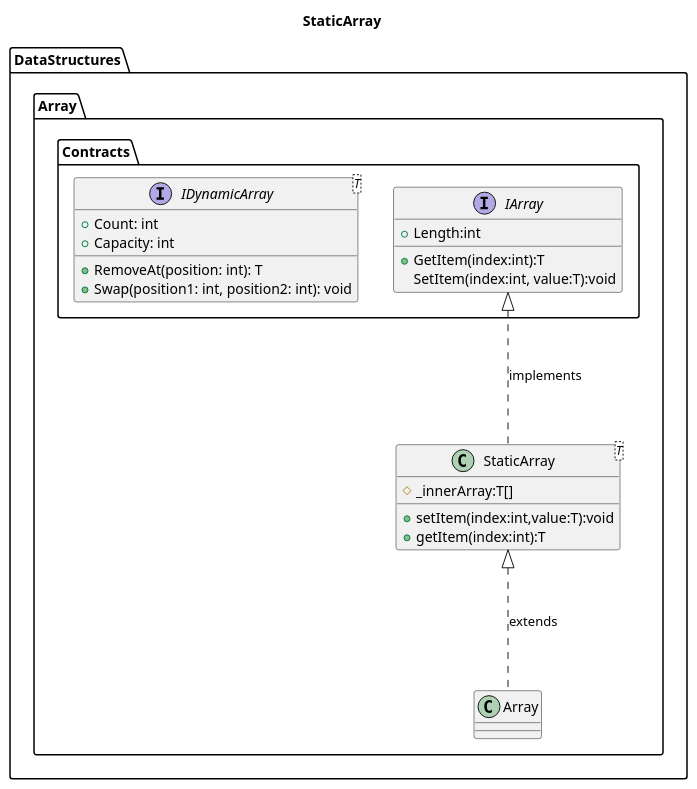
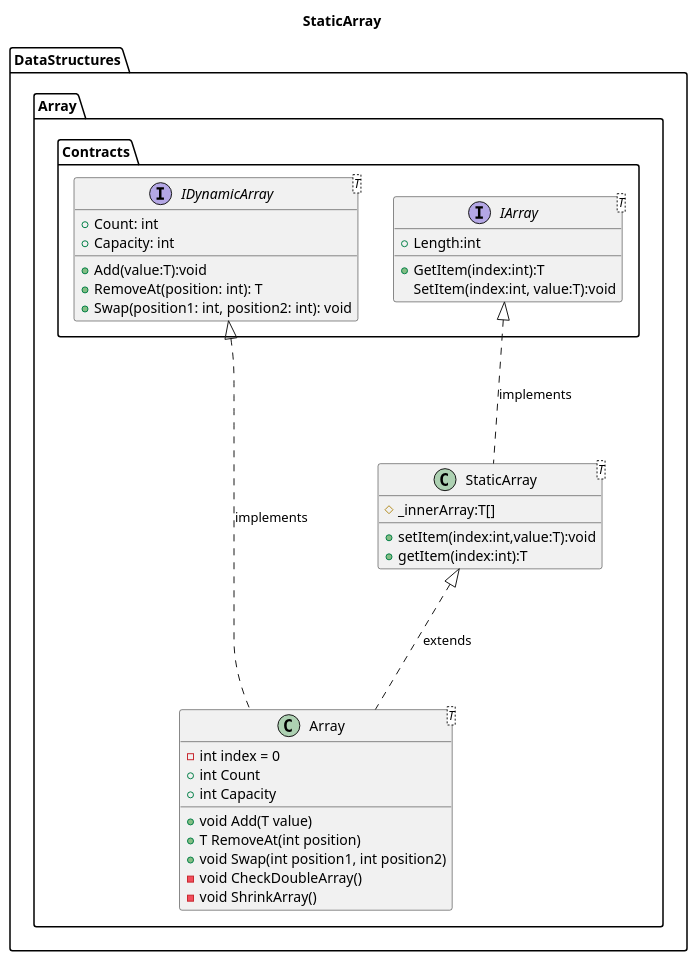
The diagram in DataStructures/Array/Model/StaticArray.wsd (zcomert/veri-yapilari-ve-algoritmalar), drawn with PlantUML before and after one commit. The commit also changed 65 other files, not shown here.

```diff
--- a/DataStructures/Array/Model/StaticArray.wsd
+++ b/DataStructures/Array/Model/StaticArray.wsd
@@ -1,29 +1,45 @@
 @startuml StaticArray
 title StaticArray
 
 namespace DataStructures.Array.Contracts{
-    interface IArray{
+    interface IArray<T>{
         +Length:int
         +GetItem(index:int):T
         SetItem(index:int, value:T):void
     }
 
     interface IDynamicArray<T> {
     + Count: int
     + Capacity: int
+    + Add(value:T):void
     + RemoveAt(position: int): T
     + Swap(position1: int, position2: int): void
+
 }
 }
 
 namespace DataStructures.Array{
     class StaticArray<T>{
         #_innerArray:T[]
         +setItem(index:int,value:T):void
         +getItem(index:int):T
     }
+
+    class Array<T>{
+        - int index = 0
+        + int Count
+        + int Capacity
+        + void Add(T value)
+        + T RemoveAt(int position)
+        + void Swap(int position1, int position2)
+        - void CheckDoubleArray()
+        - void ShrinkArray()
+    }
 }
+
+hide empty members
 
 DataStructures.Array.StaticArray -.up.|> DataStructures.Array.Contracts.IArray : "implements"
 DataStructures.Array.Array -.up.|> DataStructures.Array.StaticArray : "extends"
+DataStructures.Array.Array -.up.|> DataStructures.Array.Contracts.IDynamicArray : "implements"
 @enduml
```
